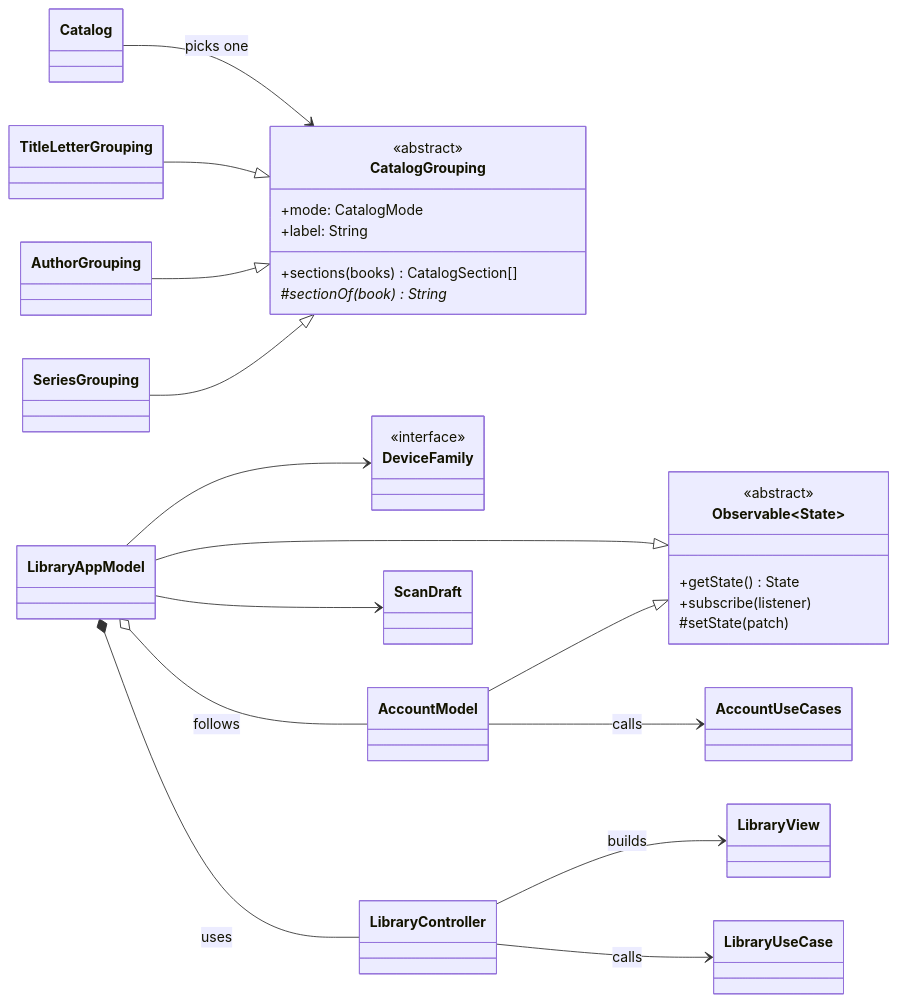
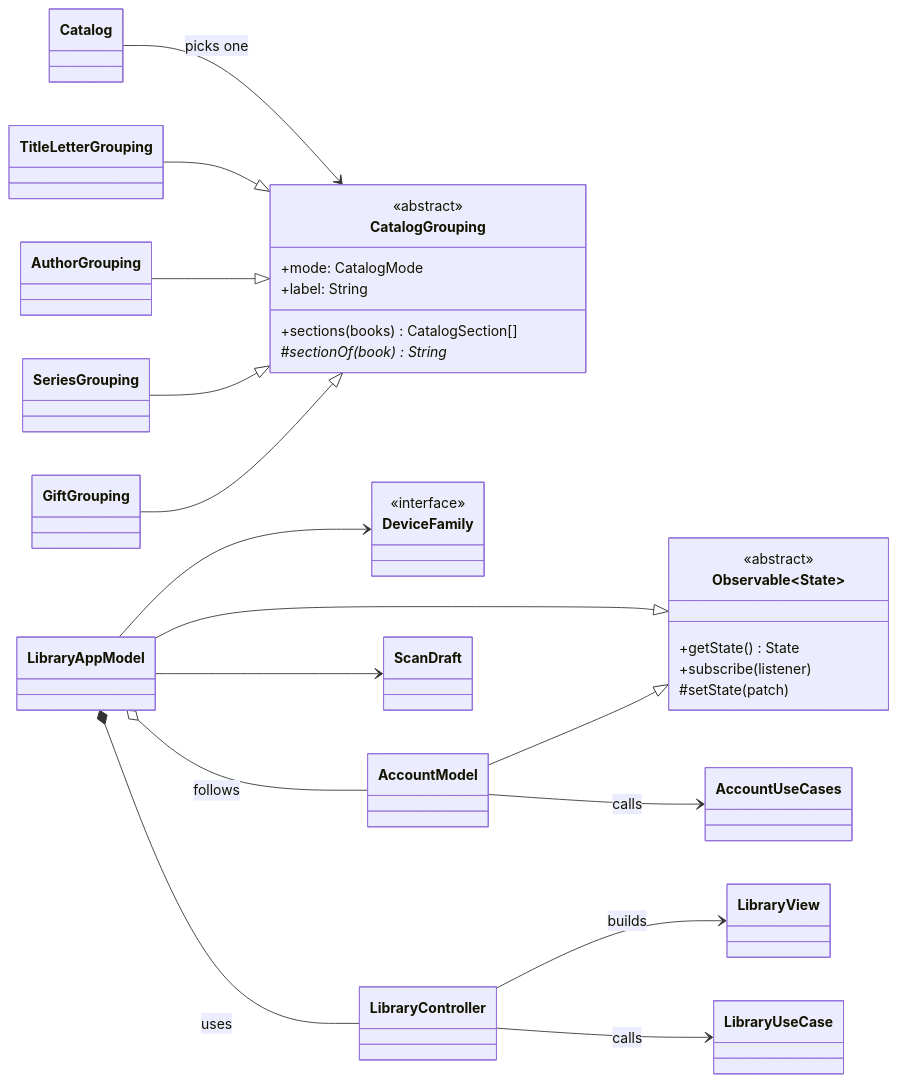
Before and after one commit to ghechavarria/cen5064-project-hechavarria: the diagram in docs/design/diagrams/class-presentation.mmd, drawn with Mermaid. The commit also changed 19 other files, not shown here.

```diff
--- a/docs/design/diagrams/class-presentation.mmd
+++ b/docs/design/diagrams/class-presentation.mmd
@@ -1,31 +1,32 @@
 classDiagram
     direction LR
     class Observable~State~ {
         <<abstract>>
         +getState() State
         +subscribe(listener)
         #setState(patch)
     }
     class CatalogGrouping {
         <<abstract>>
         +mode: CatalogMode
         +label: String
         +sections(books) CatalogSection[]
         #sectionOf(book)* String
     }
     class DeviceFamily {
         <<interface>>
     }
     LibraryAppModel --|> Observable~State~
     AccountModel --|> Observable~State~
     LibraryAppModel o-- AccountModel : follows
     AccountModel --> AccountUseCases : calls
     LibraryAppModel --> DeviceFamily
     LibraryAppModel --> ScanDraft
     LibraryAppModel *-- LibraryController : uses
     LibraryController --> LibraryView : builds
     LibraryController --> LibraryUseCase : calls
     Catalog --> CatalogGrouping : picks one
     TitleLetterGrouping --|> CatalogGrouping
     AuthorGrouping --|> CatalogGrouping
     SeriesGrouping --|> CatalogGrouping
+    GiftGrouping --|> CatalogGrouping
```
